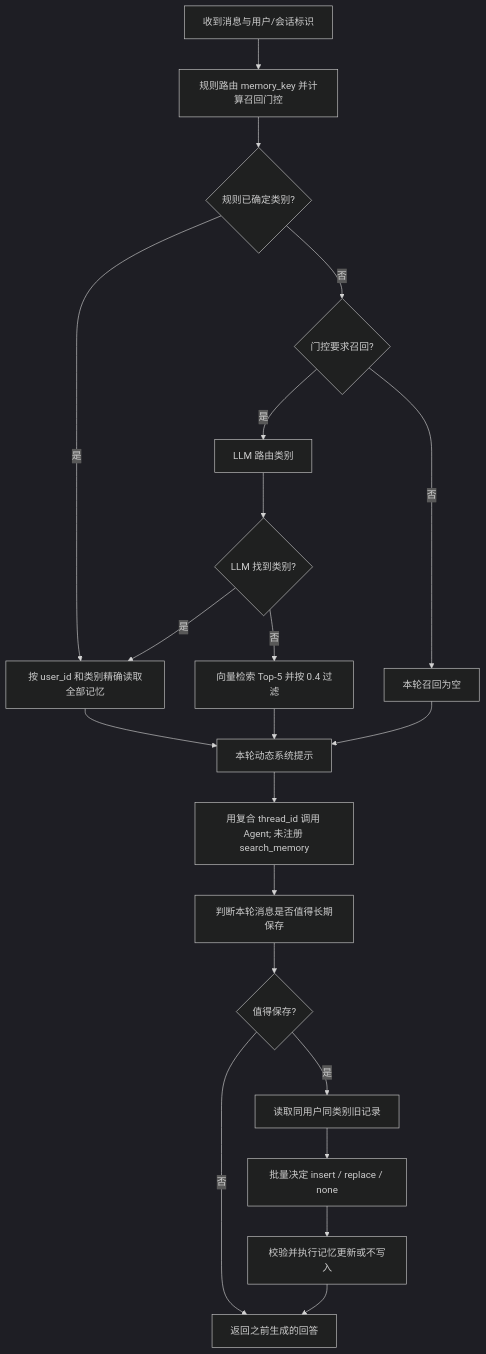
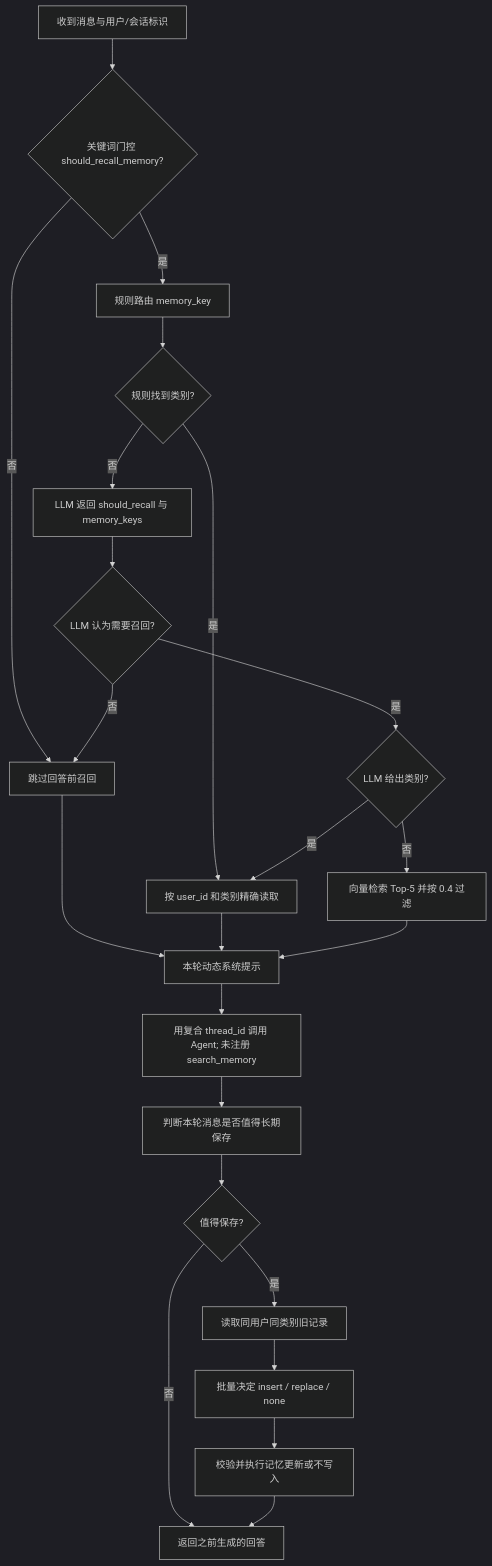
One commit to weiAX95/agent changed the first of 2 diagrams in docs/auto_recall.md. Above: the diagram before and after it, drawn with Mermaid (dark theme). The commit also changed other lines of this file and 6 other files, not shown here.

Commit message:
Fix automatic memory recall routing

````diff
--- a/docs/auto_recall.md
+++ b/docs/auto_recall.md
@@ -79,23 +79,25 @@
 ```mermaid
 flowchart TD
-    A[收到消息与用户/会话标识] --> B[规则路由 memory_key 并计算召回门控]
-    B --> C{规则已确定类别?}
-    C -- 是 --> D[按 user_id 和类别精确读取全部记忆]
-    C -- 否 --> E{门控要求召回?}
-    E -- 是 --> F[LLM 路由类别]
-    E -- 否 --> G[本轮召回为空]
-    F --> H{LLM 找到类别?}
-    H -- 是 --> D
-    H -- 否 --> I[向量检索 Top-5 并按 0.4 过滤]
-    D --> J[本轮动态系统提示]
-    G --> J
-    I --> J
-    J --> K[用复合 thread_id 调用 Agent; 未注册 search_memory]
-    K --> L[判断本轮消息是否值得长期保存]
-    L --> M{值得保存?}
-    M -- 否 --> Q[返回之前生成的回答]
-    M -- 是 --> N[读取同用户同类别旧记录]
-    N --> O[批量决定 insert / replace / none]
-    O --> P[校验并执行记忆更新或不写入]
-    P --> Q
+    A[收到消息与用户/会话标识] --> B{关键词门控 should_recall_memory?}
+    B -- 否 --> G[跳过回答前召回]
+    B -- 是 --> C[规则路由 memory_key]
+    C --> D{规则找到类别?}
+    D -- 是 --> H[按 user_id 和类别精确读取]
+    D -- 否 --> E[LLM 返回 should_recall 与 memory_keys]
+    E --> F{LLM 认为需要召回?}
+    F -- 否 --> G
+    F -- 是 --> I{LLM 给出类别?}
+    I -- 是 --> H
+    I -- 否 --> J[向量检索 Top-5 并按 0.4 过滤]
+    G --> K[本轮动态系统提示]
+    H --> K
+    J --> K
+    K --> L[用复合 thread_id 调用 Agent; 未注册 search_memory]
+    L --> M[判断本轮消息是否值得长期保存]
+    M --> N{值得保存?}
+    N -- 否 --> R[返回之前生成的回答]
+    N -- 是 --> O[读取同用户同类别旧记录]
+    O --> P[批量决定 insert / replace / none]
+    P --> Q[校验并执行记忆更新或不写入]
+    Q --> R
 ```
````
